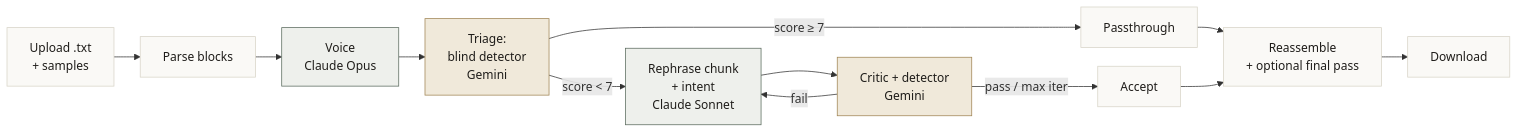
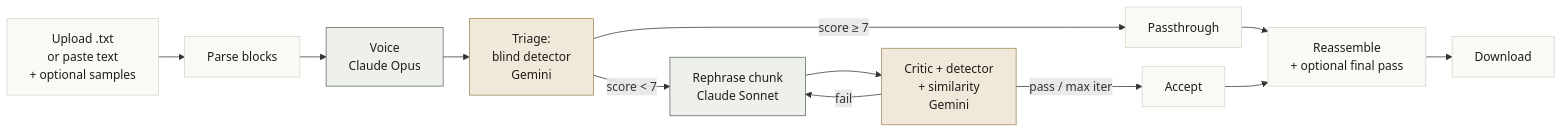
Before and after one commit to mihakim2/ai-text-rephrase: the first of 2 diagrams in README.md, drawn with Mermaid. The commit also changed other lines of this file and 1 other file, not shown here.

````diff
--- a/README.md
+++ b/README.md
@@ -24,22 +73,22 @@
 ```mermaid
 %%{init: {'flowchart': {'nodeSpacing': 25, 'rankSpacing': 35, 'curve': 'basis'}}}%%
 flowchart LR
-    A[Upload .txt<br/>+ samples] --> B[Parse blocks]
+    A[Upload .txt<br/>or paste text<br/>+ optional samples] --> B[Parse blocks]
     B --> C[Voice<br/>Claude Opus]
     C --> D[Triage:<br/>blind detector<br/>Gemini]
-    D -->|score ≥ 7| P[Passthrough]
-    D -->|score &lt; 7| E[Rephrase chunk<br/>+ intent<br/>Claude Sonnet]
-    E --> F[Critic + detector<br/>Gemini]
+    D -->|score &ge; 7| P[Passthrough]
+    D -->|score &lt; 7| E[Rephrase chunk<br/>Claude Sonnet]
+    E --> F[Critic + detector<br/>+ similarity<br/>Gemini]
     F -->|fail| E
     F -->|pass / max iter| G[Accept]
     P --> H[Reassemble<br/>+ optional final pass]
     G --> H
     H --> I[Download]
 
     classDef claude fill:#eef0ec,stroke:#5b6b5e,color:#1f1d1a
     classDef gemini fill:#f0e9da,stroke:#a08454,color:#1f1d1a
     classDef io fill:#faf9f6,stroke:#d8d4c8,color:#1f1d1a
     class C,E claude
     class D,F gemini
     class A,B,G,P,H,I io
 ```
````
